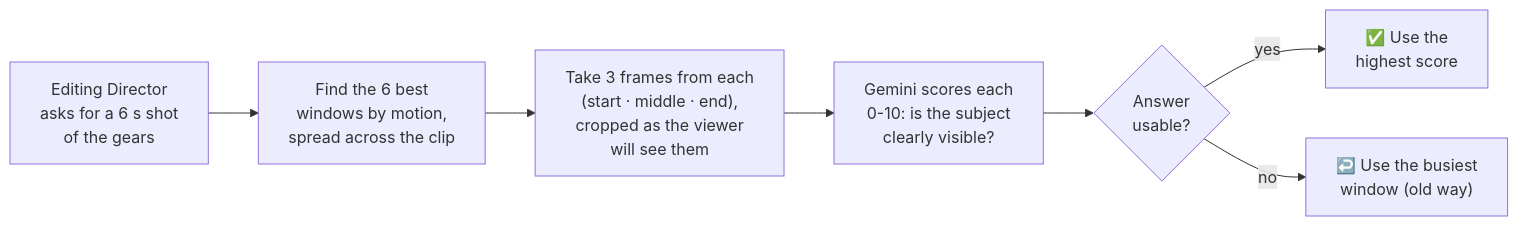
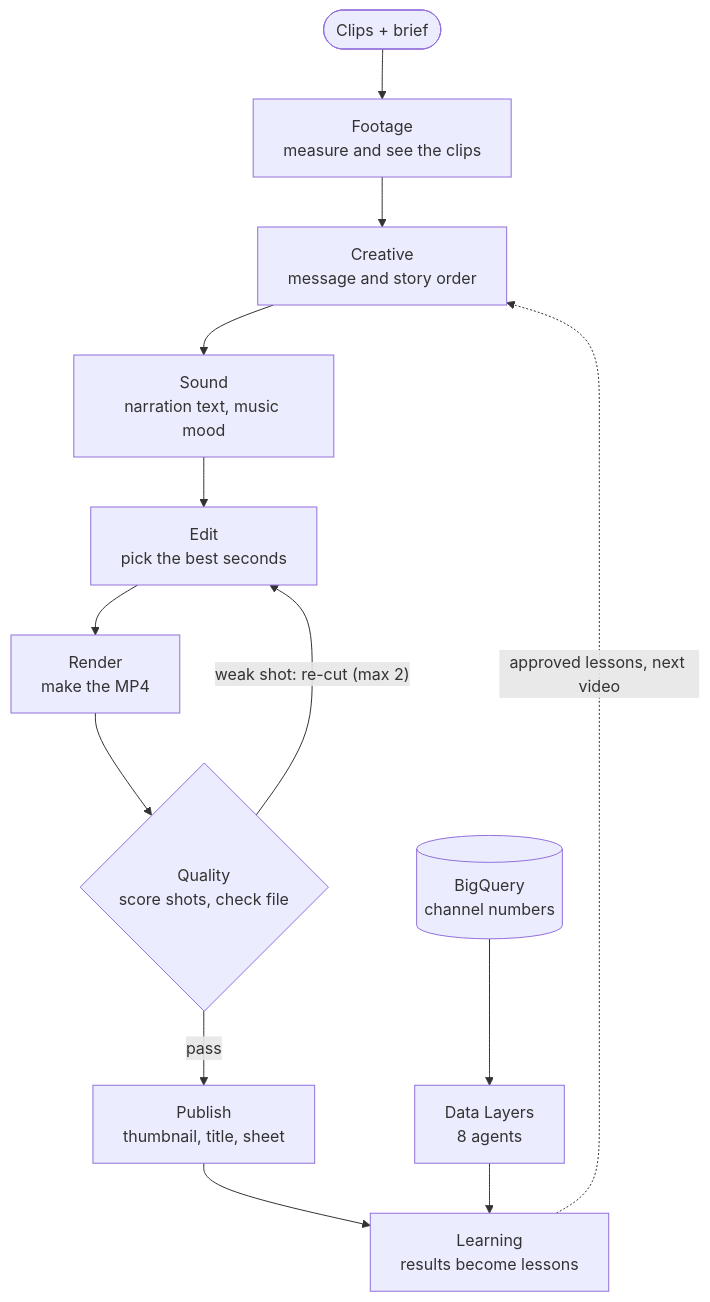
Before and after one commit to akanshalakhina/Alpha_Titans_AI: the diagram in README.md, drawn with Mermaid. The commit also changed other lines of this file, not shown here.

Commit message:
docs: short README with the flow, the agents, setup and status

````diff
--- a/README.md
+++ b/README.md
@@ -285,9 +21,14 @@
 ```mermaid
-flowchart LR
-    A["Editing Director<br/>asks for a 6 s shot<br/>of the gears"] --> B["Find the 6 best<br/>windows by motion,<br/>spread across the clip"]
-    B --> C["Take 3 frames from each<br/>(start · middle · end),<br/>cropped as the viewer<br/>will see them"]
-    C --> D["Gemini scores each<br/>0-10: is the subject<br/>clearly visible?"]
-    D --> E{"Answer<br/>usable?"}
-    E -- yes --> F["✅ Use the<br/>highest score"]
-    E -- no --> G["↩️ Use the busiest<br/>window (old way)"]
+flowchart TD
+    U(["Clips + brief"]) --> F["Footage<br/>measure and see the clips"]
+    F --> C["Creative<br/>message and story order"]
+    C --> S["Sound<br/>narration text, music mood"]
+    S --> E["Edit<br/>pick the best seconds"]
+    E --> R["Render<br/>make the MP4"]
+    R --> Q{"Quality<br/>score shots, check file"}
+    Q -- "weak shot: re-cut (max 2)" --> E
+    Q -- "pass" --> P["Publish<br/>thumbnail, title, sheet"]
+    P --> L["Learning<br/>results become lessons"]
+    D[("BigQuery<br/>channel numbers")] --> DL["Data Layers<br/>8 agents"] --> L
+    L -. "approved lessons, next video" .-> C
 ```
````
